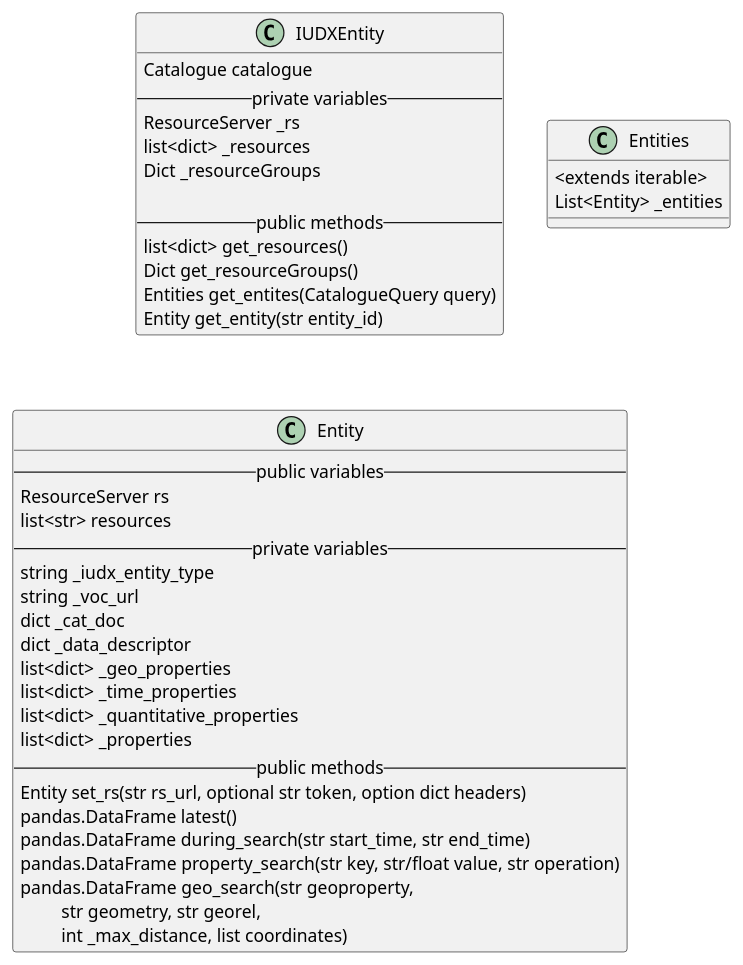
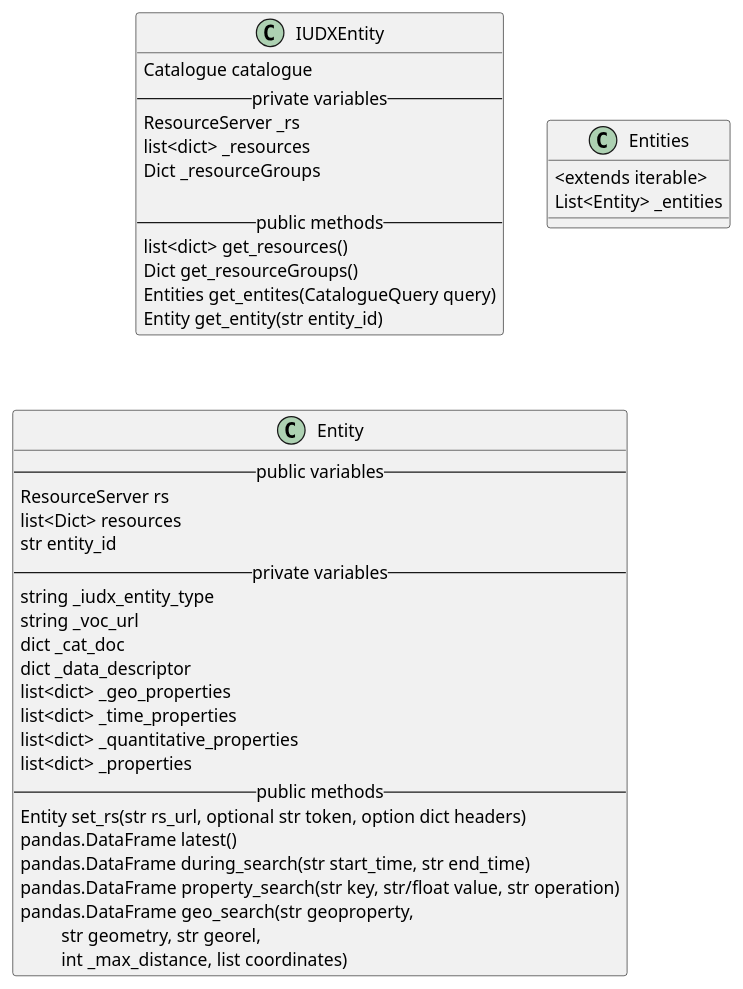
Before and after one commit to datakaveri/iudx-python-sdk: the diagram in docs/diagrams/IUDXEntity.puml, drawn with PlantUML. The commit also changed 5 other files, not shown here.

```diff
--- a/docs/diagrams/IUDXEntity.puml
+++ b/docs/diagrams/IUDXEntity.puml
@@ -1,45 +1,46 @@
 @startuml
 class IUDXEntity  {
   Catalogue catalogue
   -- private variables --
   ResourceServer _rs
   list<dict> _resources
   Dict _resourceGroups
 
   -- public methods --
   list<dict> get_resources()
   Dict get_resourceGroups()
   Entities get_entites(CatalogueQuery query)
   Entity get_entity(str entity_id)
 }
 
 
 class Entities {
     <extends iterable>
     List<Entity> _entities
 }
 
 
 class Entity {
     -- public variables --
     ResourceServer rs
-    list<str> resources
+    list<Dict> resources
+    str entity_id
     -- private variables --
     string _iudx_entity_type
     string _voc_url
     dict _cat_doc
     dict _data_descriptor
     list<dict> _geo_properties
     list<dict> _time_properties
     list<dict> _quantitative_properties
     list<dict> _properties
     -- public methods --
     Entity set_rs(str rs_url, optional str token, option dict headers)
     pandas.DataFrame latest()
     pandas.DataFrame during_search(str start_time, str end_time)
     pandas.DataFrame property_search(str key, str/float value, str operation)
     pandas.DataFrame geo_search(str geoproperty,
         \t str geometry, str georel, 
         \t int _max_distance, list coordinates)
 }
 @enduml
```
